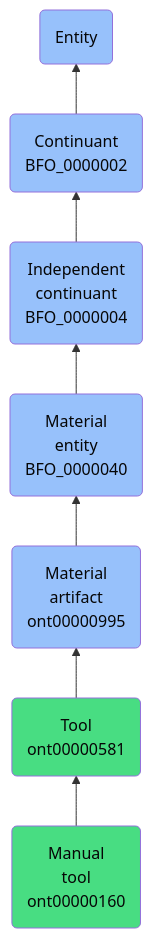
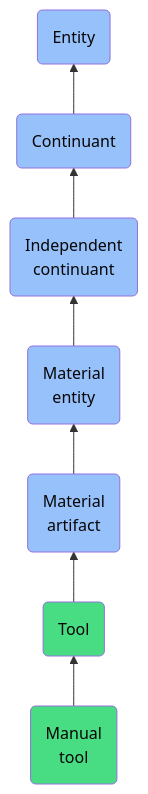
Before and after one commit to jupyter-naas/abi: the diagram in docs/ontology/reference/model/Entity/Continuant/Independent continuant/Material entity/Material artifact/Tool/Manual tool/Manual tool.md, drawn with Mermaid. The commit also changed other lines of this file and 1430 other files, not shown here.

````diff
--- a/docs/ontology/reference/model/Entity/Continuant/Independent continuant/Material entity/Material artifact/Tool/Manual tool/Manual tool.md
+++ b/docs/ontology/reference/model/Entity/Continuant/Independent continuant/Material entity/Material artifact/Tool/Manual tool/Manual tool.md
@@ -24,14 +24,14 @@
 ```mermaid
 graph BT
-    ont00000160(Manual<br>tool<br>ont00000160):::ABI-->ont00000581
-    ont00000581(Tool<br>ont00000581):::ABI-->ont00000995
-    ont00000995(Material<br>artifact<br>ont00000995):::BFO-->BFO_0000040
-    BFO_0000040(Material<br>entity<br>BFO_0000040):::BFO-->BFO_0000004
-    BFO_0000004(Independent<br>continuant<br>BFO_0000004):::BFO-->BFO_0000002
-    BFO_0000002(Continuant<br>BFO_0000002):::BFO-->BFO_0000001
+    ont00000160(Manual<br>tool):::ABI-->ont00000581
+    ont00000581(Tool):::ABI-->ont00000995
+    ont00000995(Material<br>artifact):::BFO-->BFO_0000040
+    BFO_0000040(Material<br>entity):::BFO-->BFO_0000004
+    BFO_0000004(Independent<br>continuant):::BFO-->BFO_0000002
+    BFO_0000002(Continuant):::BFO-->BFO_0000001
     BFO_0000001(Entity):::BFO
     
     classDef BFO fill:#97c1fb,color:#060606
     classDef CCO fill:#e4c51e,color:#060606
     classDef ABI fill:#48DD82,color:#060606
 ```
````
